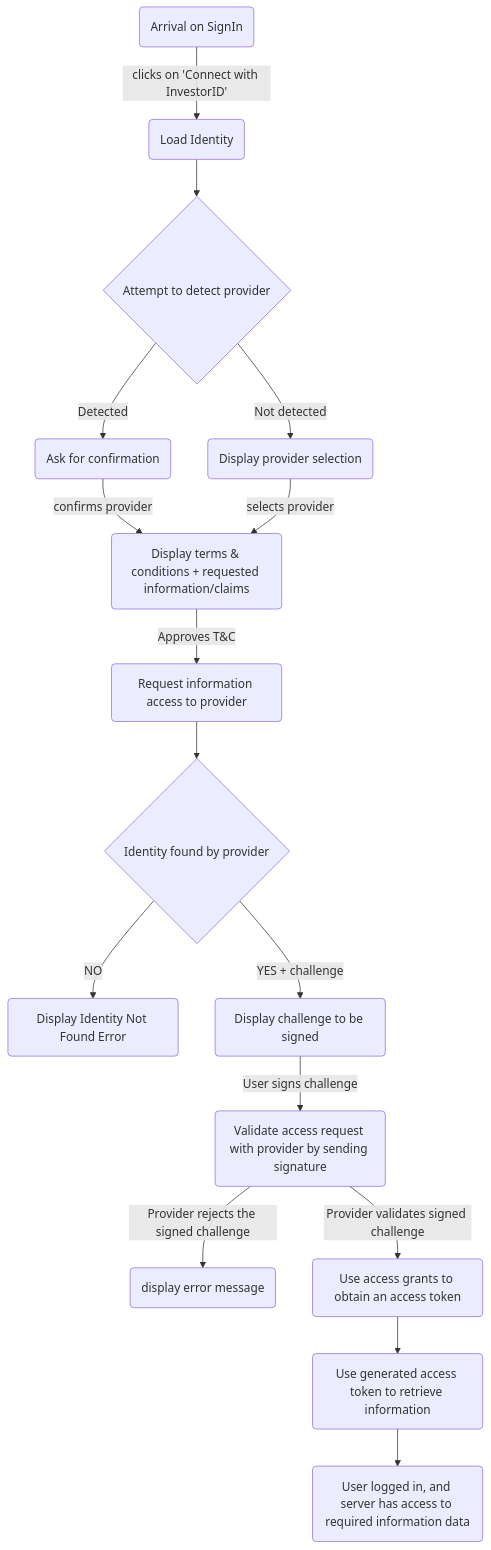
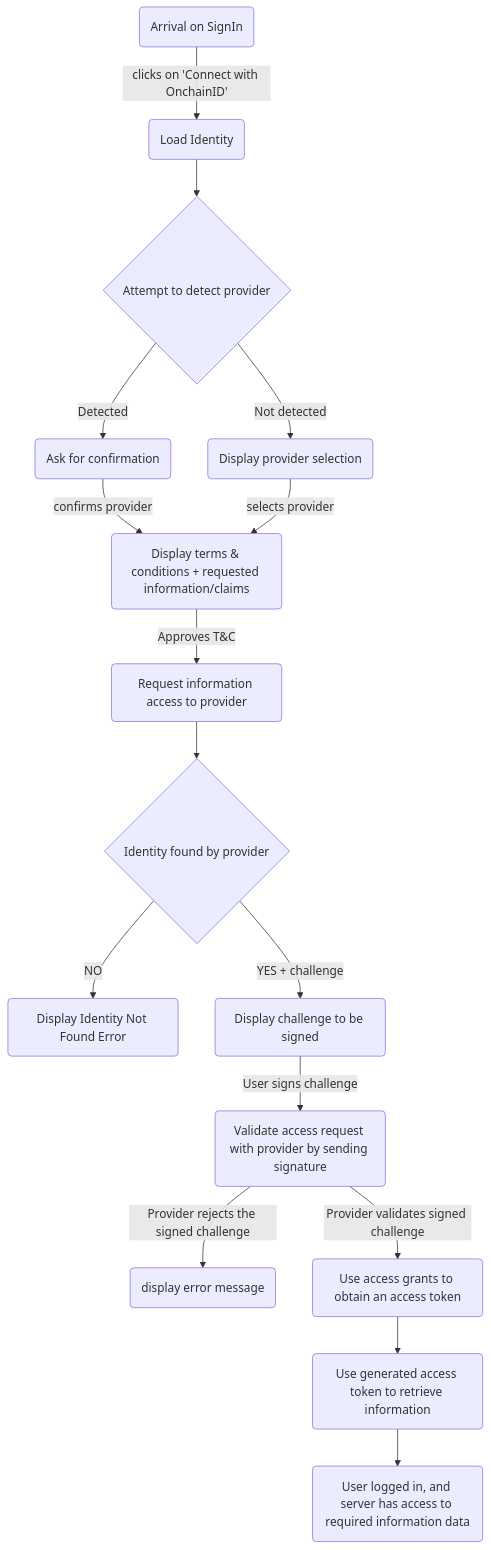
The diagram in docs/identities/connect-with-identity.md (onchain-id/documentation), drawn with Mermaid before and after one commit. The commit also changed other lines of this file, not shown here.

````diff
--- a/docs/identities/connect-with-identity.md
+++ b/docs/identities/connect-with-identity.md
@@ -28,25 +28,25 @@
 ```mermaid
 graph TD
-  A(Arrival on SignIn) -->|clicks on 'Connect with InvestorID'| B
+  A(Arrival on SignIn) -->|clicks on 'Connect with OnchainID'| B
   B(Load Identity)
   B --> C{Attempt to detect provider}
   C -->|Detected| D(Ask for confirmation)
   C -->|Not detected| E(Display provider selection)
   D --> |confirms provider|F
   E --> |selects provider|F
   F(Display terms & conditions + requested information/claims)
   F --> |Approves T&C|G
   G(Request information access to provider)
   G --> H
   H{Identity found by provider}
   H --> |NO|I(Display Identity Not Found Error)
   H --> |YES + challenge|J
   J(Display challenge to be signed)
   J --> |User signs challenge|K
   K(Validate access request with provider by sending signature)
   K --> |Provider rejects the signed challenge|L(display error message)
   K --> |Provider validates signed challenge|M
   M(Use access grants to obtain an access token)
   M --> N(Use generated access token to retrieve information)
   N --> O(User logged in, and server has access to required information data)
 ```
````
